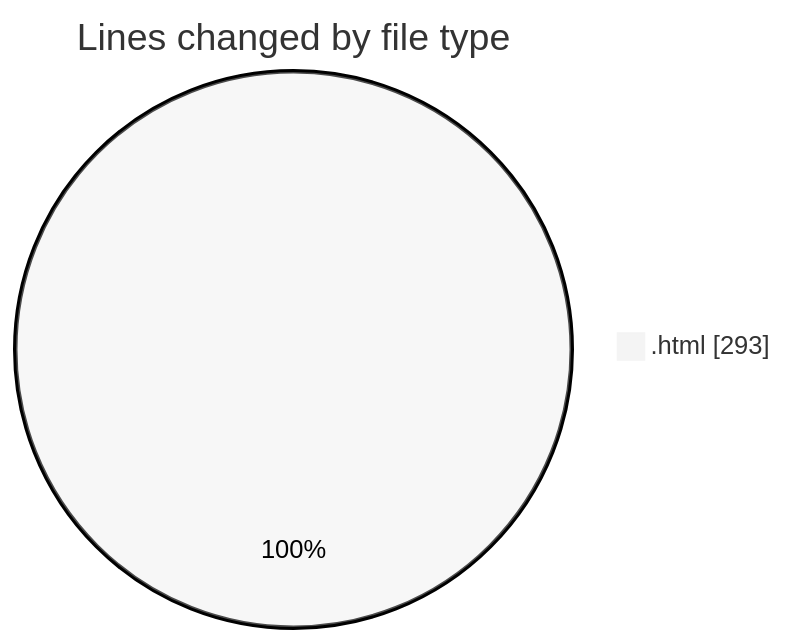
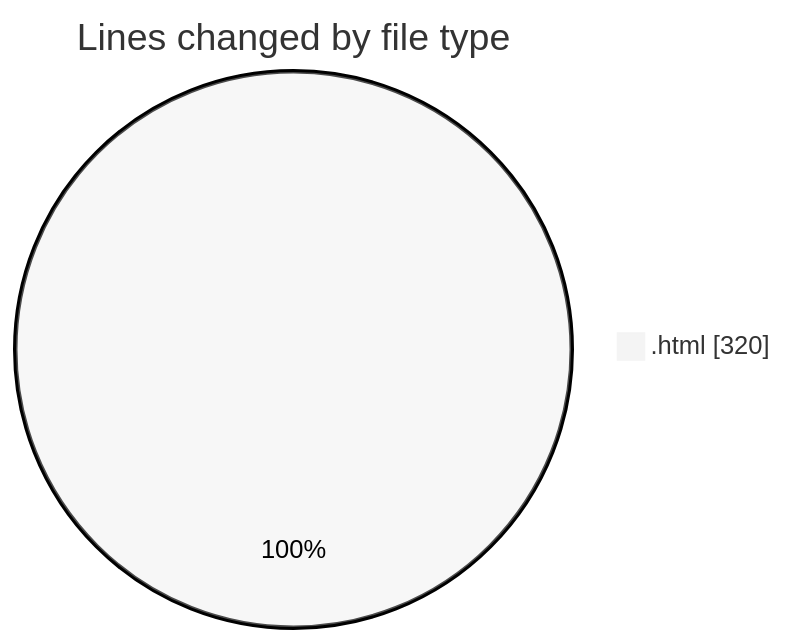
The first of 2 diagrams in 2025-01-10/nueva_carpeta/README.md (LanceThiago/code-tracking), drawn with Mermaid (neutral theme) before and after one commit. The commit also changed other lines of this file and 1 other file, not shown here.

````diff
--- a/2025-01-10/nueva_carpeta/README.md
+++ b/2025-01-10/nueva_carpeta/README.md
@@ -20,5 +20,5 @@
 ```mermaid
 pie showData
 title Lines changed by file type
-".html" : 293
+".html" : 320
 ```
````
